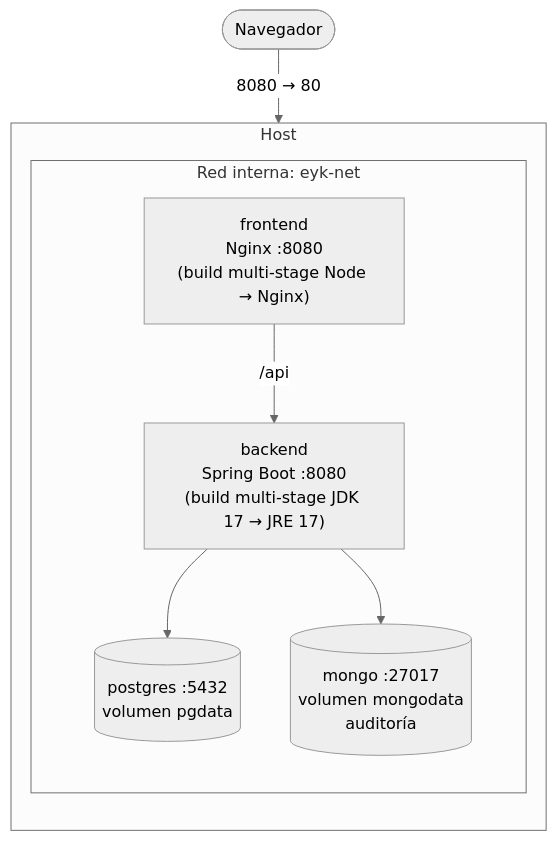
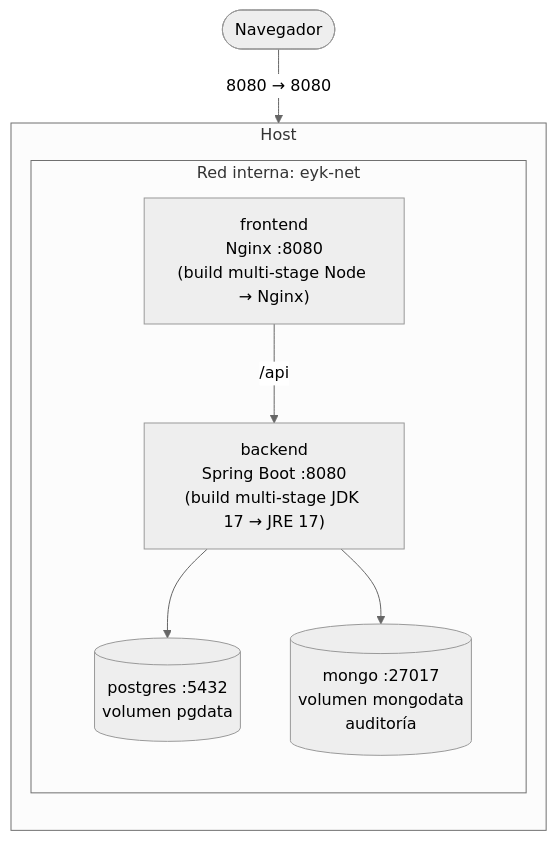
Before and after one commit to edzamo/ec-eykcorp: diagram 11 of 13 in README.md, drawn with Mermaid (neutral theme). The commit also changed other lines of this file and 35 other files, not shown here.

````diff
--- a/README.md
+++ b/README.md
@@ -674,17 +683,17 @@
 ```mermaid
 flowchart TB
     subgraph Host
         direction TB
         subgraph NET["Red interna: eyk-net"]
             NGX["frontend<br/>Nginx :8080<br/>(build multi-stage Node → Nginx)"]
             BCK["backend<br/>Spring Boot :8080<br/>(build multi-stage JDK 17 → JRE 17)"]
             PG[("postgres :5432<br/>volumen pgdata")]
             MG[("mongo :27017<br/>volumen mongodata<br/>auditoría")]
         end
     end
 
-    USER([Navegador]) -->|"8080 → 80"| NGX
+    USER([Navegador]) -->|"8080 → 8080"| NGX
     NGX -->|"/api"| BCK
     BCK --> PG
     BCK --> MG
 ```
````
